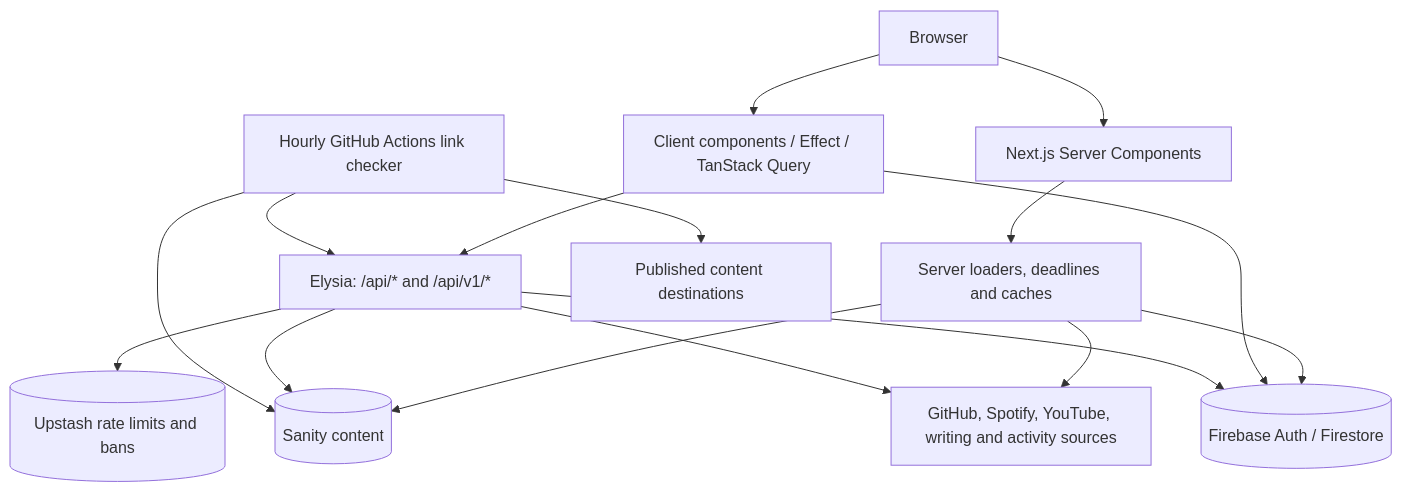
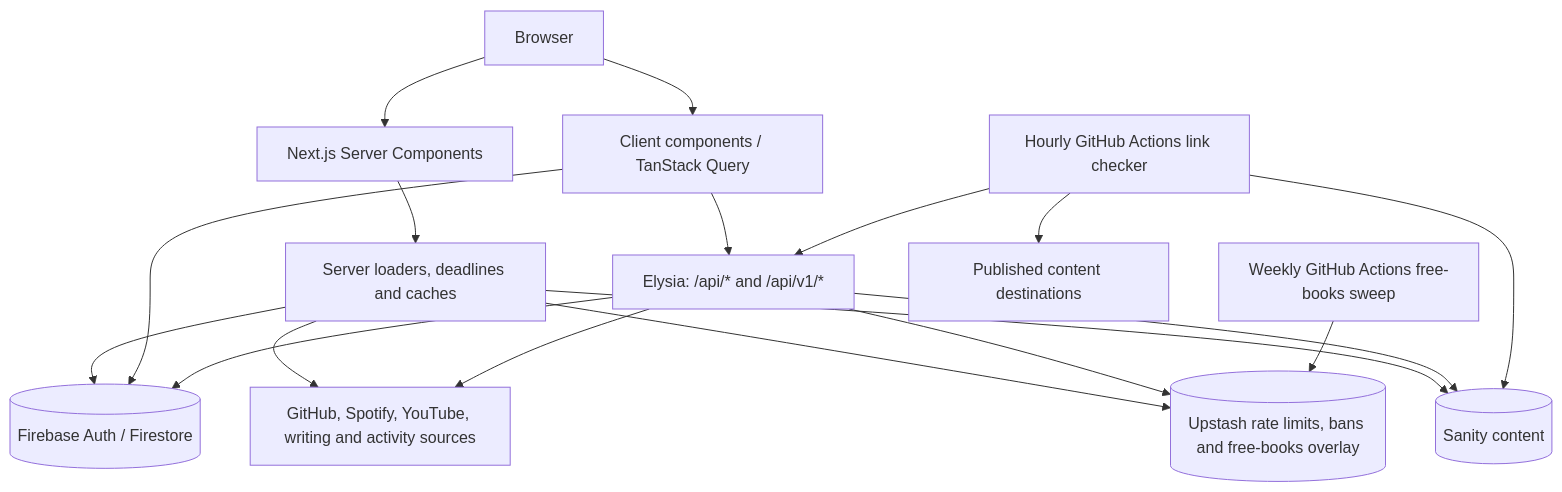
Before and after one commit to WomB0ComB0/portfolio: the diagram in README.md, drawn with Mermaid. The commit also changed other lines of this file and 1 other file, not shown here.

````diff
--- a/README.md
+++ b/README.md
@@ -73,30 +79,33 @@
 ```mermaid
 graph TD
     Browser["Browser"]
     Pages["Next.js Server Components"]
     Loaders["Server loaders, deadlines and caches"]
-    Client["Client components / Effect / TanStack Query"]
+    Client["Client components / TanStack Query"]
     API["Elysia: /api/* and /api/v1/*"]
     Sanity[("Sanity content")]
     Firebase[("Firebase Auth / Firestore")]
-    Redis[("Upstash rate limits and bans")]
+    Redis[("Upstash rate limits, bans and free-books overlay")]
     Services["GitHub, Spotify, YouTube, writing and activity sources"]
     Checker["Hourly GitHub Actions link checker"]
+    Sweep["Weekly GitHub Actions free-books sweep"]
     Targets["Published content destinations"]
 
     Browser --> Pages
     Browser --> Client
     Pages --> Loaders
     Loaders --> Sanity
     Loaders --> Firebase
+    Loaders --> Redis
     Loaders --> Services
     Client --> API
     Client --> Firebase
     API --> Redis
     API --> Sanity
     API --> Firebase
     API --> Services
     Checker --> API
     Checker --> Targets
     Checker --> Sanity
+    Sweep --> Redis
 ```
````
